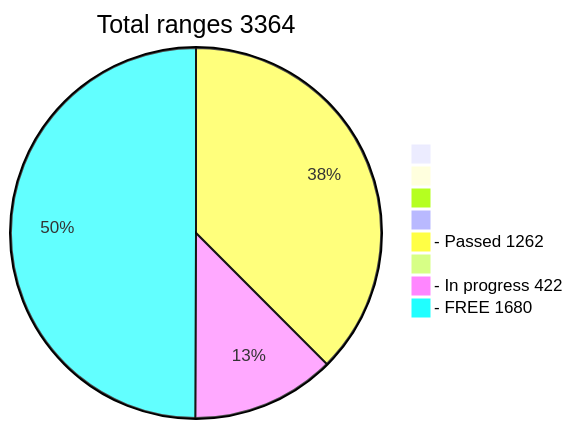
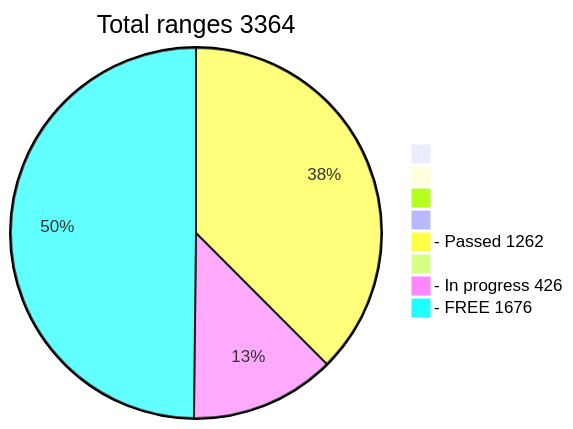
Before and after one commit to phrutis/wif500: the diagram in README.md, drawn with Mermaid.

````diff
--- a/README.md
+++ b/README.md
@@ -16,12 +16,12 @@
 ```mermaid
 pie title Total ranges 3364
              " " : 0
             "  " : 0
            "   " : 0
           "    " : 0
   "- Passed 1262" : 1262
          "     " : 0
-  "- In progress 422" : 422
-   "- FREE 1680" : 1680
+  "- In progress 426" : 426
+   "- FREE 1676" : 1676
    
 ```
````
